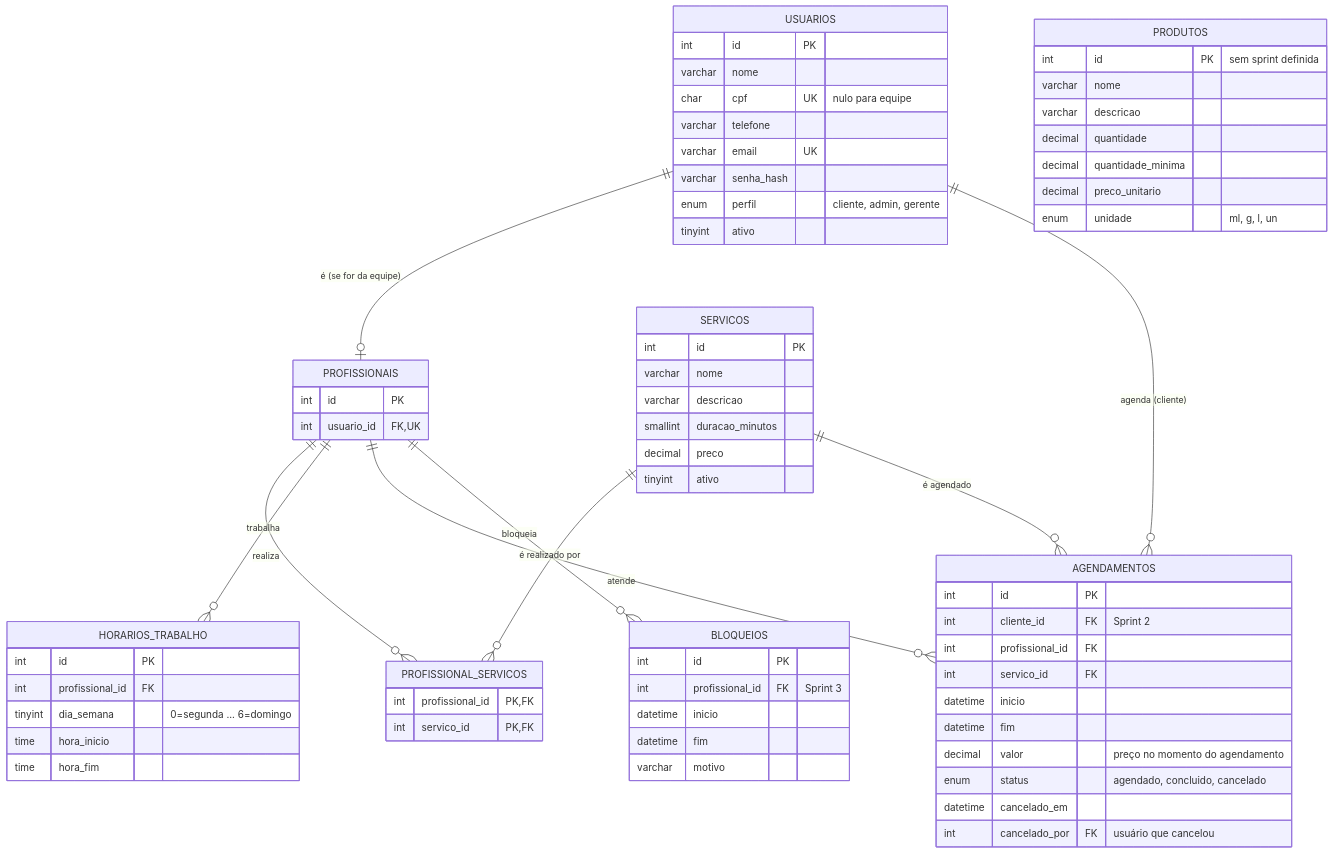
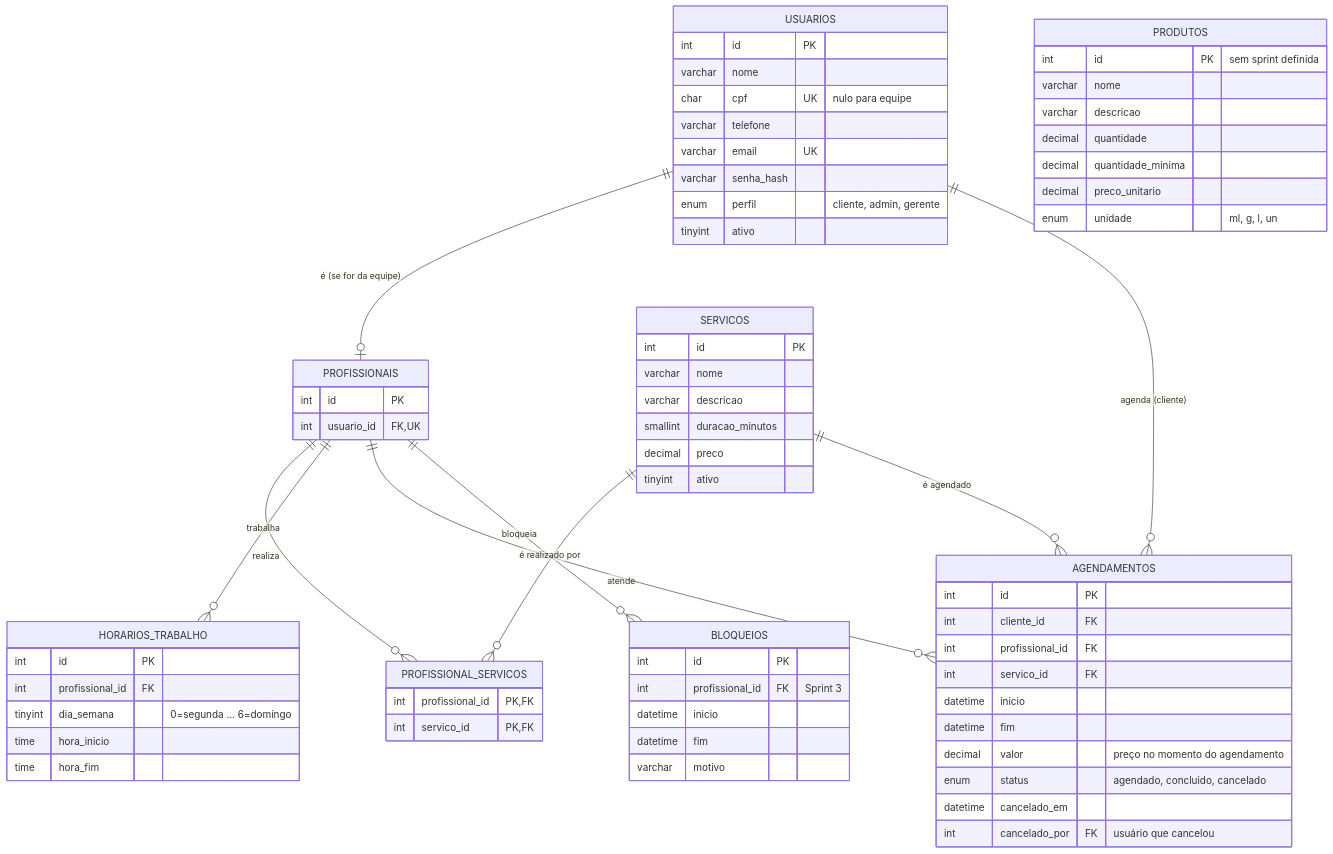
The diagram in docs/mer.md (PI-6/PI-VI-2026), drawn with Mermaid before and after one commit. The commit also changed other lines of this file, not shown here.

````diff
--- a/docs/mer.md
+++ b/docs/mer.md
@@ -16,73 +17,73 @@
 ```mermaid
 erDiagram
     USUARIOS ||--o| PROFISSIONAIS : "é (se for da equipe)"
     PROFISSIONAIS ||--o{ PROFISSIONAL_SERVICOS : realiza
     SERVICOS ||--o{ PROFISSIONAL_SERVICOS : "é realizado por"
     PROFISSIONAIS ||--o{ HORARIOS_TRABALHO : trabalha
     USUARIOS ||--o{ AGENDAMENTOS : "agenda (cliente)"
     PROFISSIONAIS ||--o{ AGENDAMENTOS : atende
     SERVICOS ||--o{ AGENDAMENTOS : "é agendado"
     PROFISSIONAIS ||--o{ BLOQUEIOS : bloqueia
 
     USUARIOS {
         int id PK
         varchar nome
         char cpf UK "nulo para equipe"
         varchar telefone
         varchar email UK
         varchar senha_hash
         enum perfil "cliente, admin, gerente"
         tinyint ativo
     }
     PROFISSIONAIS {
         int id PK
         int usuario_id FK,UK
     }
     SERVICOS {
         int id PK
         varchar nome
         varchar descricao
         smallint duracao_minutos
         decimal preco
         tinyint ativo
     }
     PROFISSIONAL_SERVICOS {
         int profissional_id PK,FK
         int servico_id PK,FK
     }
     HORARIOS_TRABALHO {
         int id PK
         int profissional_id FK
         tinyint dia_semana "0=segunda ... 6=domingo"
         time hora_inicio
         time hora_fim
     }
     AGENDAMENTOS {
         int id PK
-        int cliente_id FK "Sprint 2"
+        int cliente_id FK
         int profissional_id FK
         int servico_id FK
         datetime inicio
         datetime fim
         decimal valor "preço no momento do agendamento"
         enum status "agendado, concluido, cancelado"
         datetime cancelado_em
         int cancelado_por FK "usuário que cancelou"
     }
     BLOQUEIOS {
         int id PK
         int profissional_id FK "Sprint 3"
         datetime inicio
         datetime fim
         varchar motivo
     }
     PRODUTOS {
         int id PK "sem sprint definida"
         varchar nome
         varchar descricao
         decimal quantidade
         decimal quantidade_minima
         decimal preco_unitario
         enum unidade "ml, g, l, un"
     }
 ```
````
